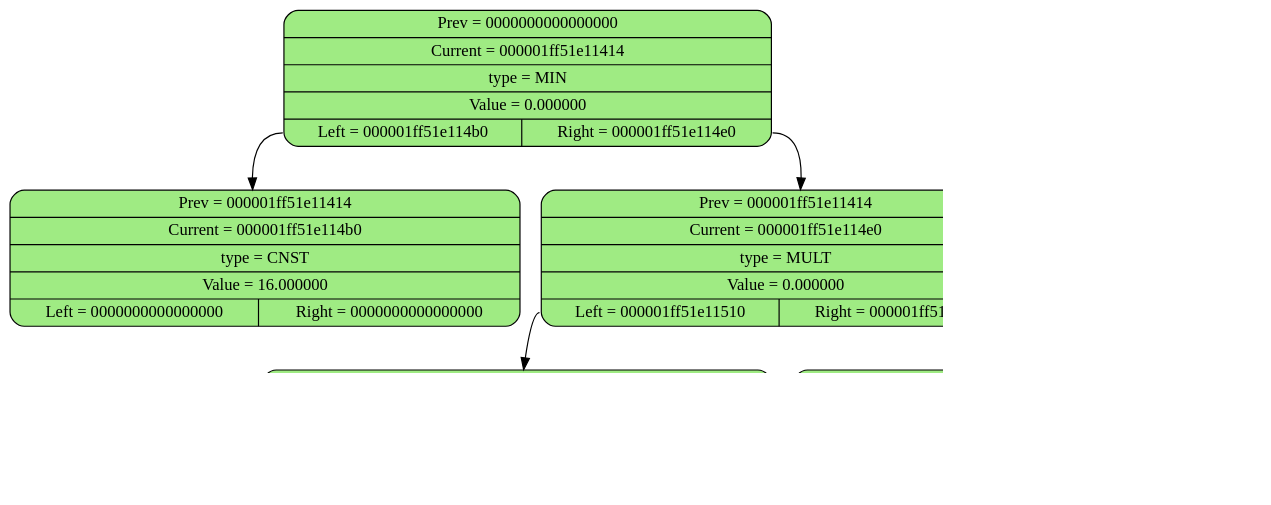
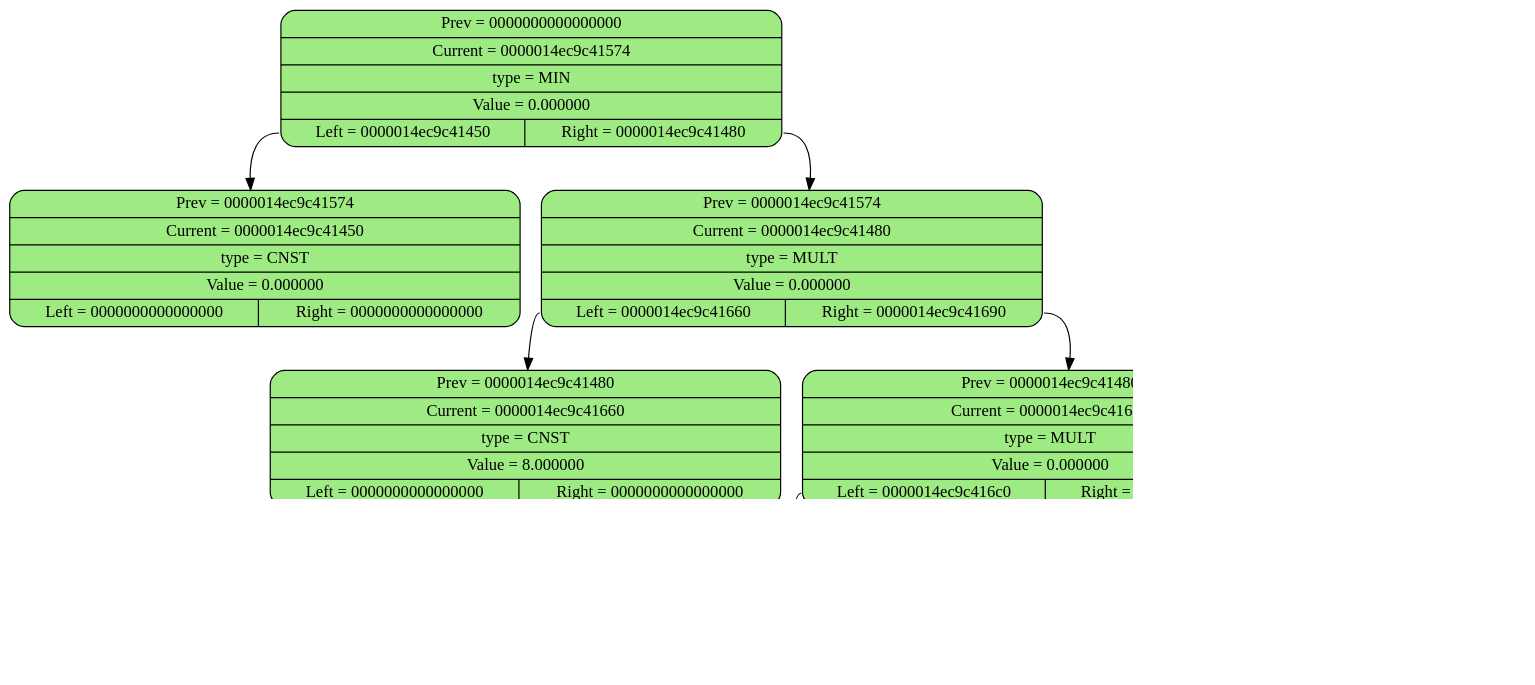
Before and after one commit to TupaToster/diff: the diagram in GraphDumpSrc.dot, drawn with Graphviz. The commit also changed 4 other files, not shown here.

```diff
--- a/GraphDumpSrc.dot
+++ b/GraphDumpSrc.dot
@@ -1,16 +1,21 @@
-digraph List_10 {
+digraph List_7 {
 	graph [dpi = 100];
 	rankdir = TB
-	"Nod_0" [shape = "Mrecord", style = "filled", fillcolor = "#9feb83", label = "{ <prev> Prev = 0000000000000000 | Current = 000001ff51e11414 | type = MIN | Value = 0.000000 |{ <left> Left = 000001ff51e114b0 | <right> Right = 000001ff51e114e0} }"]
-	"Nod_1" [shape = "Mrecord", style = "filled", fillcolor = "#9feb83", label = "{ <prev> Prev = 000001ff51e11414 | Current = 000001ff51e114b0 | type = CNST | Value = 16.000000 |{ <left> Left = 0000000000000000 | <right> Right = 0000000000000000} }"]
-	"Nod_2" [shape = "Mrecord", style = "filled", fillcolor = "#9feb83", label = "{ <prev> Prev = 000001ff51e11414 | Current = 000001ff51e114e0 | type = MULT | Value = 0.000000 |{ <left> Left = 000001ff51e11510 | <right> Right = 000001ff51e11540} }"]
-	"Nod_3" [shape = "Mrecord", style = "filled", fillcolor = "#9feb83", label = "{ <prev> Prev = 000001ff51e114e0 | Current = 000001ff51e11510 | type = CNST | Value = 8.000000 |{ <left> Left = 0000000000000000 | <right> Right = 0000000000000000} }"]
-	"Nod_4" [shape = "Mrecord", style = "filled", fillcolor = "#9feb83", label = "{ <prev> Prev = 000001ff51e114e0 | Current = 000001ff51e11540 | type = X | Value = 3.000000 |{ <left> Left = 0000000000000000 | <right> Right = 0000000000000000} }"]
+	"Nod_0" [shape = "Mrecord", style = "filled", fillcolor = "#9feb83", label = "{ <prev> Prev = 0000000000000000 | Current = 0000014ec9c41574 | type = MIN | Value = 0.000000 |{ <left> Left = 0000014ec9c41450 | <right> Right = 0000014ec9c41480} }"]
+	"Nod_1" [shape = "Mrecord", style = "filled", fillcolor = "#9feb83", label = "{ <prev> Prev = 0000014ec9c41574 | Current = 0000014ec9c41450 | type = CNST | Value = 0.000000 |{ <left> Left = 0000000000000000 | <right> Right = 0000000000000000} }"]
+	"Nod_2" [shape = "Mrecord", style = "filled", fillcolor = "#9feb83", label = "{ <prev> Prev = 0000014ec9c41574 | Current = 0000014ec9c41480 | type = MULT | Value = 0.000000 |{ <left> Left = 0000014ec9c41660 | <right> Right = 0000014ec9c41690} }"]
+	"Nod_3" [shape = "Mrecord", style = "filled", fillcolor = "#9feb83", label = "{ <prev> Prev = 0000014ec9c41480 | Current = 0000014ec9c41660 | type = CNST | Value = 8.000000 |{ <left> Left = 0000000000000000 | <right> Right = 0000000000000000} }"]
+	"Nod_4" [shape = "Mrecord", style = "filled", fillcolor = "#9feb83", label = "{ <prev> Prev = 0000014ec9c41480 | Current = 0000014ec9c41690 | type = MULT | Value = 0.000000 |{ <left> Left = 0000014ec9c416c0 | <right> Right = 0000014ec9c416f0} }"]
+	"Nod_5" [shape = "Mrecord", style = "filled", fillcolor = "#9feb83", label = "{ <prev> Prev = 0000014ec9c41690 | Current = 0000014ec9c416c0 | type = CNST | Value = 3.000000 |{ <left> Left = 0000000000000000 | <right> Right = 0000000000000000} }"]
+	"Nod_6" [shape = "Mrecord", style = "filled", fillcolor = "#9feb83", label = "{ <prev> Prev = 0000014ec9c41690 | Current = 0000014ec9c416f0 | type = X | Value = 2.000000 |{ <left> Left = 0000000000000000 | <right> Right = 0000000000000000} }"]
 	{ rank = same;  Nod_0; }
 	{ rank = same;  Nod_1;  Nod_2; }
 	{ rank = same;  Nod_3;  Nod_4; }
+	{ rank = same;  Nod_5;  Nod_6; }
 	"Nod_0":left -> "Nod_1";
 	"Nod_0":right -> "Nod_2";
 	"Nod_2":left -> "Nod_3";
 	"Nod_2":right -> "Nod_4";
+	"Nod_4":left -> "Nod_5";
+	"Nod_4":right -> "Nod_6";
 }
```
